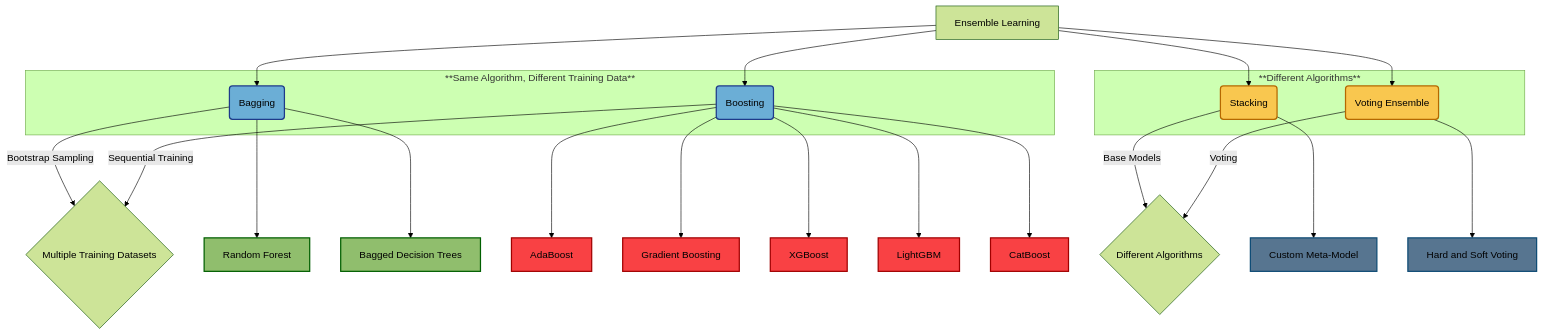
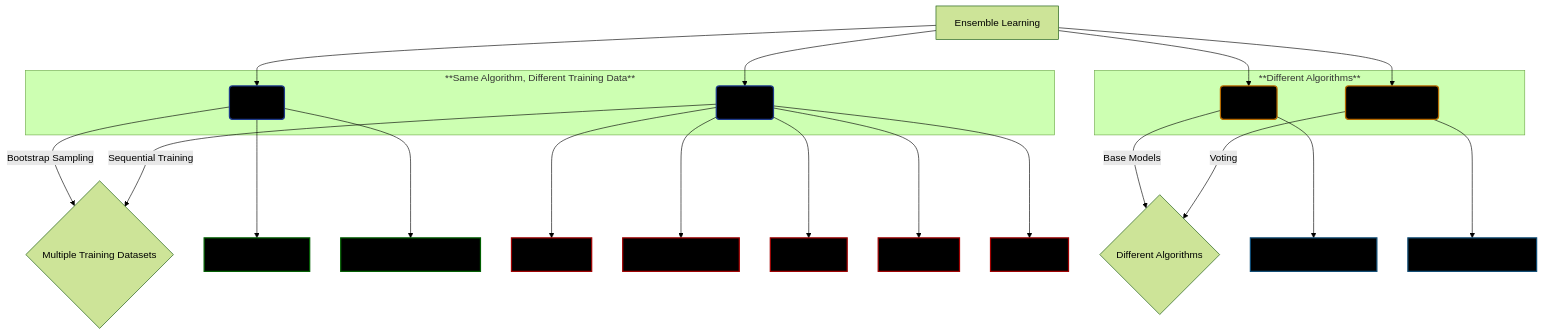
The diagram in ML/Notes/Algorithms/ensemble_learning/introduction.md (NAHID12105080/DeepLearning), drawn with Mermaid (forest theme) before and after one commit.

````diff
--- a/ML/Notes/Algorithms/ensemble_learning/introduction.md
+++ b/ML/Notes/Algorithms/ensemble_learning/introduction.md
@@ -15,47 +15,47 @@
 ```mermaid
 flowchart TD
     A[Ensemble Learning] --> B(Bagging)
     A --> C(Boosting)
     A --> D(Stacking)
     A --> E(Voting Ensemble)
     
     subgraph "**Same Algorithm, Different Training Data**" 
-        style B fill:#6baed6,stroke:#1e3a8a,stroke-width:2px
-        style C fill:#6baed6,stroke:#1e3a8a,stroke-width:2px
+        style B fill:#000000,stroke:#1e3a8a,stroke-width:2px
+        style C fill:#000000,stroke:#1e3a8a,stroke-width:2px
         B
         C
     end
     
     subgraph "**Different Algorithms**" 
-        style D fill:#f9c74f,stroke:#b56800,stroke-width:2px
-        style E fill:#f9c74f,stroke:#b56800,stroke-width:2px
+        style D fill:#000000,stroke:#b56800,stroke-width:2px
+        style E fill:#000000,stroke:#b56800,stroke-width:2px
         D
         E
     end
 
     B --> |Bootstrap Sampling| F{Multiple Training Datasets}
     C --> |Sequential Training| F
     D --> |Base Models| G{Different Algorithms}
     E --> |Voting| G
 
     B --> H[Random Forest]
     B --> I[Bagged Decision Trees]
     C --> J[AdaBoost]
     C --> K[Gradient Boosting]
     C --> L[XGBoost]
     C --> M[LightGBM]
     C --> N[CatBoost]
     D --> O[Custom Meta-Model]
     E --> P[Hard and Soft Voting]
     
-    style H fill:#90be6d,stroke:#005f00,stroke-width:2px
-    style I fill:#90be6d,stroke:#005f00,stroke-width:2px
-    style J fill:#f94144,stroke:#a00000,stroke-width:2px
-    style K fill:#f94144,stroke:#a00000,stroke-width:2px
-    style L fill:#f94144,stroke:#a00000,stroke-width:2px
-    style M fill:#f94144,stroke:#a00000,stroke-width:2px
-    style N fill:#f94144,stroke:#a00000,stroke-width:2px
-    style O fill:#577590,stroke:#0f4c75,stroke-width:2px
-    style P fill:#577590,stroke:#0f4c75,stroke-width:2px
+    style H fill:#000000,stroke:#005f00,stroke-width:2px
+    style I fill:#000000,stroke:#005f00,stroke-width:2px
+    style J fill:#000000,stroke:#a00000,stroke-width:2px
+    style K fill:#000000,stroke:#a00000,stroke-width:2px
+    style L fill:#000000,stroke:#a00000,stroke-width:2px
+    style M fill:#000000,stroke:#a00000,stroke-width:2px
+    style N fill:#000000,stroke:#a00000,stroke-width:2px
+    style O fill:#000000,stroke:#0f4c75,stroke-width:2px
+    style P fill:#000000,stroke:#0f4c75,stroke-width:2px
 
 ```
````
